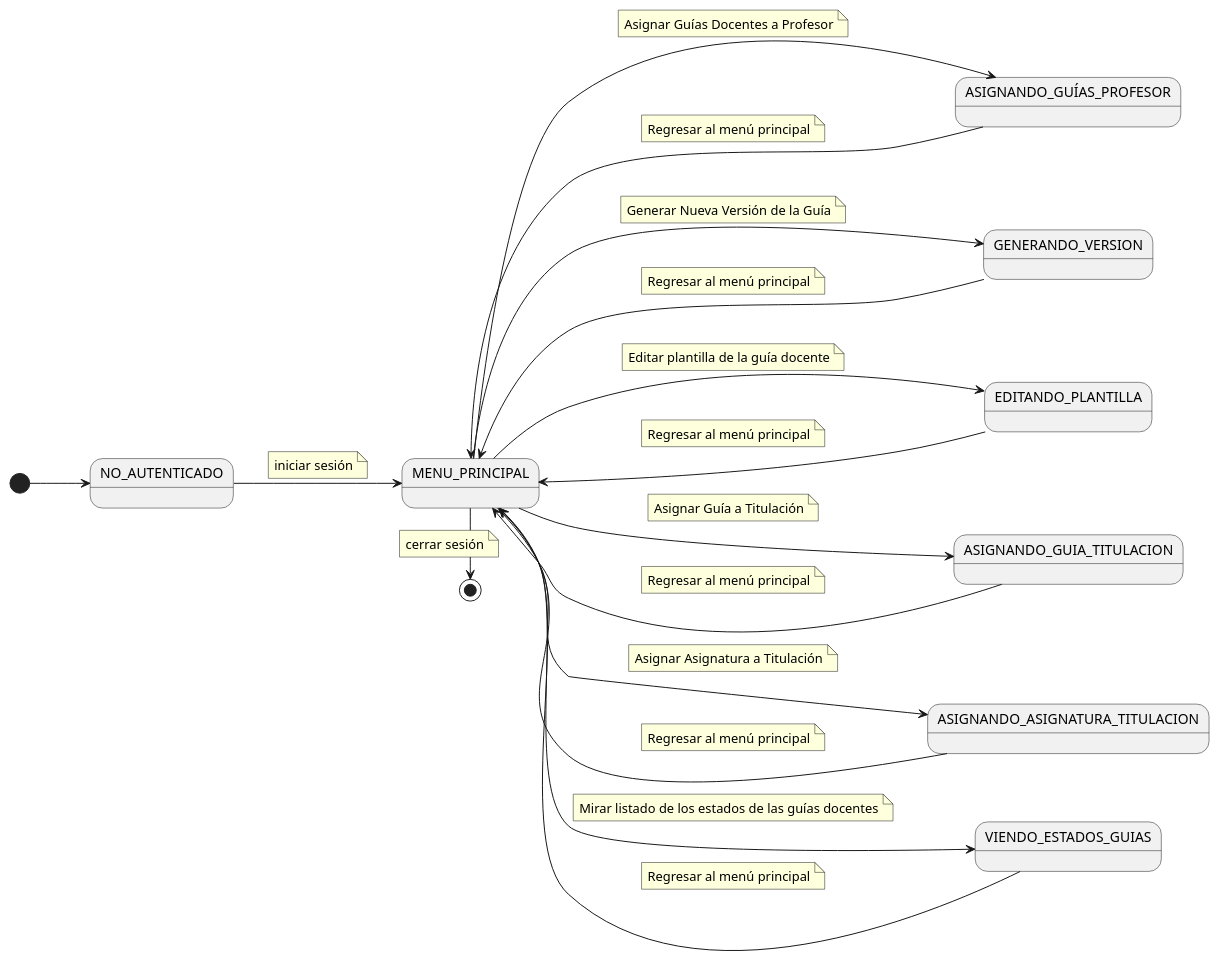
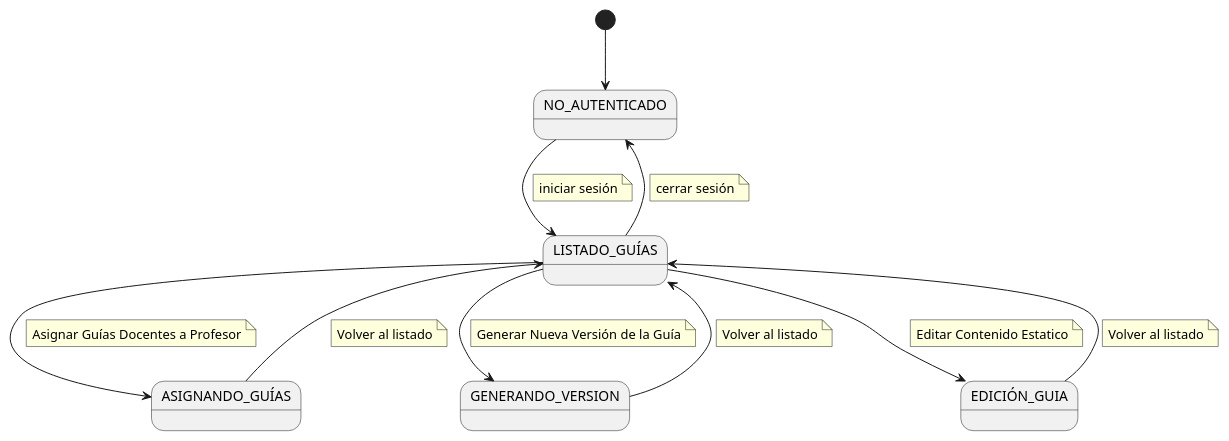
Before and after one commit to mmasias/24-25-IdSw1-SDR: the diagram in CasosDeUso/diagramaDeContexto/DiagramaDeContextoTecnico.puml, drawn with PlantUML. The commit also changed 8 other files, not shown here.

Commit message:
diagrama de contexto-Profesor y tecnico de calidad

```diff
--- a/CasosDeUso/diagramaDeContexto/DiagramaDeContextoTecnico.puml
+++ b/CasosDeUso/diagramaDeContexto/DiagramaDeContextoTecnico.puml
@@ -1,80 +1,49 @@
 @startuml diagramaContextoTecnicoCalidad
-left to right direction
 state "NO_AUTENTICADO" as NoAutenticado
-state "MENU_PRINCIPAL" as MenuPrincipal
-state "ASIGNANDO_GUÍAS_PROFESOR" as AsignandoGuias
+state "LISTADO_GUÍAS" as ListadoGuias
+state "ASIGNANDO_GUÍAS" as AsignandoGuias
 state "GENERANDO_VERSION" as CreandoVersion
-state "EDITANDO_PLANTILLA" as EditandoPlantilla
-state "ASIGNANDO_GUIA_TITULACION" as AsignandoGuiaTitulacion
-state "ASIGNANDO_ASIGNATURA_TITULACION" as AsignandoAsignaturaTitulacion
-state "VIENDO_ESTADOS_GUIAS" as ViendoEstadosGuias
+state "EDICIÓN_GUIA" as EditarContenidoEstatico
 
 [*] --> NoAutenticado
 
-NoAutenticado --> MenuPrincipal
+NoAutenticado --> ListadoGuias
 note on link
     iniciar sesión
 end note
 
-MenuPrincipal -> [*]
+ListadoGuias --> NoAutenticado
 note on link
     cerrar sesión
 end note
 
-MenuPrincipal --> AsignandoGuias
+ListadoGuias --> AsignandoGuias
 note on link
     Asignar Guías Docentes a Profesor
 end note
-AsignandoGuias --> MenuPrincipal
+
+AsignandoGuias --> ListadoGuias
 note on link
-    Regresar al menú principal
+    Volver al listado
 end note
 
 
-
-MenuPrincipal --> CreandoVersion
+ListadoGuias --> CreandoVersion
 note on link
     Generar Nueva Versión de la Guía
 end note
-CreandoVersion --> MenuPrincipal
+CreandoVersion --> ListadoGuias
 note on link
-    Regresar al menú principal
+    Volver al listado
 end note
 
-MenuPrincipal --> EditandoPlantilla
+ListadoGuias --> EditarContenidoEstatico
 note on link
-    Editar plantilla de la guía docente
+    Editar Contenido Estatico
 end note
-EditandoPlantilla --> MenuPrincipal
+EditarContenidoEstatico --> ListadoGuias
 note on link
-    Regresar al menú principal
-end note
-
-MenuPrincipal --> AsignandoGuiaTitulacion
-note on link
-    Asignar Guía a Titulación
-end note
-AsignandoGuiaTitulacion --> MenuPrincipal
-note on link
-    Regresar al menú principal
-end note
-
-MenuPrincipal --> AsignandoAsignaturaTitulacion
-note on link
-    Asignar Asignatura a Titulación
-end note
-AsignandoAsignaturaTitulacion --> MenuPrincipal
-note on link
-    Regresar al menú principal
-end note
-
-MenuPrincipal --> ViendoEstadosGuias
-note on link
-    Mirar listado de los estados de las guías docentes
-end note
-ViendoEstadosGuias --> MenuPrincipal
-note on link
-    Regresar al menú principal
+    Volver al listado
 end note
 
 @enduml
```
